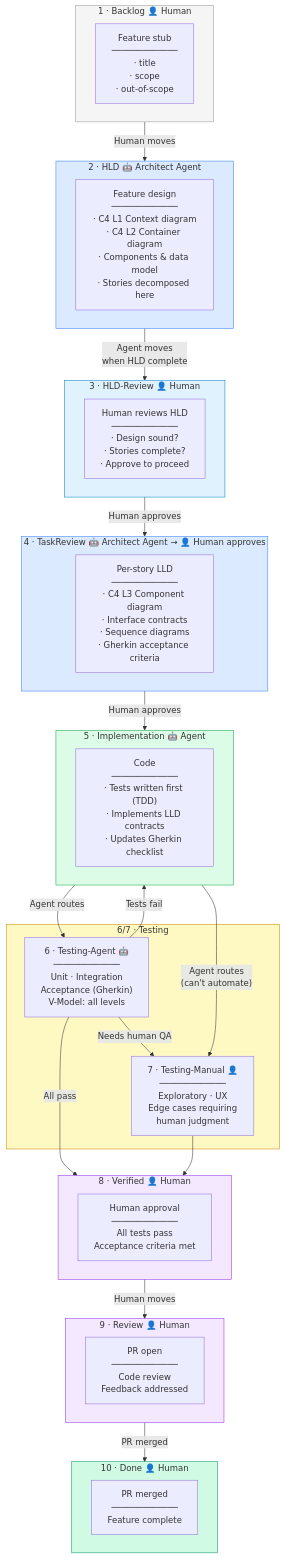
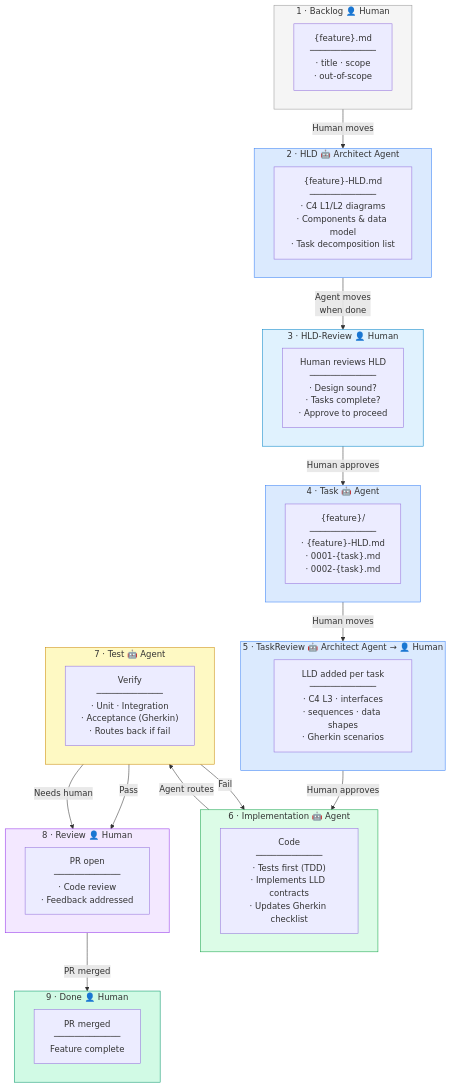
Before and after one commit to mickeyperlstein/agent-manager-template: the diagram in README.md, drawn with Mermaid. The commit also changed other lines of this file, not shown here.

Commit message:
Update README with new 9-column workflow diagram
Replaces mermaid diagram with plain-text ASCII flow showing all columns
including HLD-Review and Task. Updates CTO to Human throughout.

````diff
--- a/README.md
+++ b/README.md
@@ -42,63 +41,59 @@
 ```mermaid
 flowchart TD
     subgraph BACKLOG["1 · Backlog  👤 Human"]
-        B_in["Feature stub\n─────────────\n· title\n· scope\n· out-of-scope"]
+        B_in["{feature}.md\n─────────────\n· title · scope\n· out-of-scope"]
     end
 
     subgraph HLD["2 · HLD  🤖 Architect Agent"]
-        H_in["Feature design\n─────────────\n· C4 L1 Context diagram\n· C4 L2 Container diagram\n· Components & data model\n· Stories decomposed here"]
+        H_in["{feature}-HLD.md\n─────────────\n· C4 L1/L2 diagrams\n· Components & data model\n· Task decomposition list"]
     end
 
     subgraph HLDREVIEW["3 · HLD-Review  👤 Human"]
-        HR_in["Human reviews HLD\n─────────────\n· Design sound?\n· Stories complete?\n· Approve to proceed"]
+        HR_in["Human reviews HLD\n─────────────\n· Design sound?\n· Tasks complete?\n· Approve to proceed"]
     end
 
-    subgraph TASKREVIEW["4 · TaskReview  🤖 Architect Agent  →  👤 Human approves"]
-        TR_in["Per-story LLD\n─────────────\n· C4 L3 Component diagram\n· Interface contracts\n· Sequence diagrams\n· Gherkin acceptance criteria"]
+    subgraph TASK["4 · Task  🤖 Agent"]
+        T_in["{feature}/\n─────────────\n· {feature}-HLD.md\n· 0001-{task}.md\n· 0002-{task}.md"]
     end
 
-    subgraph IMPL["5 · Implementation  🤖 Agent"]
-        I_in["Code\n─────────────\n· Tests written first (TDD)\n· Implements LLD contracts\n· Updates Gherkin checklist"]
+    subgraph TASKREVIEW["5 · TaskReview  🤖 Architect Agent  →  👤 Human"]
+        TR_in["LLD added per task\n─────────────\n· C4 L3 · interfaces\n· sequences · data shapes\n· Gherkin scenarios"]
     end
 
-    subgraph TEST["6/7 · Testing"]
-        TA["6 · Testing-Agent  🤖\n─────────────\nUnit · Integration\nAcceptance (Gherkin)\nV-Model: all levels"]
-        TM["7 · Testing-Manual  👤\n─────────────\nExploratory · UX\nEdge cases requiring\nhuman judgment"]
+    subgraph IMPL["6 · Implementation  🤖 Agent"]
+        I_in["Code\n─────────────\n· Tests first (TDD)\n· Implements LLD contracts\n· Updates Gherkin checklist"]
     end
 
-    subgraph VERIFY["8 · Verified  👤 Human"]
-        V_in["Human approval\n─────────────\nAll tests pass\nAcceptance criteria met"]
+    subgraph TEST["7 · Test  🤖 Agent"]
+        T2_in["Verify\n─────────────\n· Unit · Integration\n· Acceptance (Gherkin)\n· Routes back if fail"]
     end
 
-    subgraph REVIEW["9 · Review  👤 Human"]
-        R_in["PR open\n─────────────\nCode review\nFeedback addressed"]
+    subgraph REVIEW["8 · Review  👤 Human"]
+        R_in["PR open\n─────────────\n· Code review\n· Feedback addressed"]
     end
 
-    subgraph DONE["10 · Done  👤 Human"]
+    subgraph DONE["9 · Done  👤 Human"]
         D_in["PR merged\n─────────────\nFeature complete"]
     end
 
     BACKLOG -->|"Human moves"| HLD
-    HLD -->|"Agent moves\nwhen HLD complete"| HLDREVIEW
-    HLDREVIEW -->|"Human approves"| TASKREVIEW
+    HLD -->|"Agent moves\nwhen done"| HLDREVIEW
+    HLDREVIEW -->|"Human approves"| TASK
+    TASK -->|"Human moves"| TASKREVIEW
     TASKREVIEW -->|"Human approves"| IMPL
-    IMPL -->|"Agent routes"| TA
-    IMPL -->|"Agent routes\n(can't automate)"| TM
-    TA -->|"All pass"| VERIFY
-    TA -->|"Needs human QA"| TM
-    TM --> VERIFY
-    VERIFY -->|"Human moves"| REVIEW
+    IMPL -->|"Agent routes"| TEST
+    TEST -->|"Pass"| REVIEW
+    TEST -->|"Fail"| IMPL
+    TEST -->|"Needs human"| REVIEW
     REVIEW -->|"PR merged"| DONE
-
-    TA -->|"Tests fail"| IMPL
 
     style BACKLOG fill:#f5f5f5,stroke:#999
     style HLD fill:#dbeafe,stroke:#3b82f6
     style HLDREVIEW fill:#e0f2fe,stroke:#0284c7
+    style TASK fill:#dbeafe,stroke:#3b82f6
     style TASKREVIEW fill:#dbeafe,stroke:#3b82f6
     style IMPL fill:#dcfce7,stroke:#16a34a
     style TEST fill:#fef9c3,stroke:#ca8a04
-    style VERIFY fill:#f3e8ff,stroke:#9333ea
     style REVIEW fill:#f3e8ff,stroke:#9333ea
     style DONE fill:#d1fae5,stroke:#059669
 ```
````
